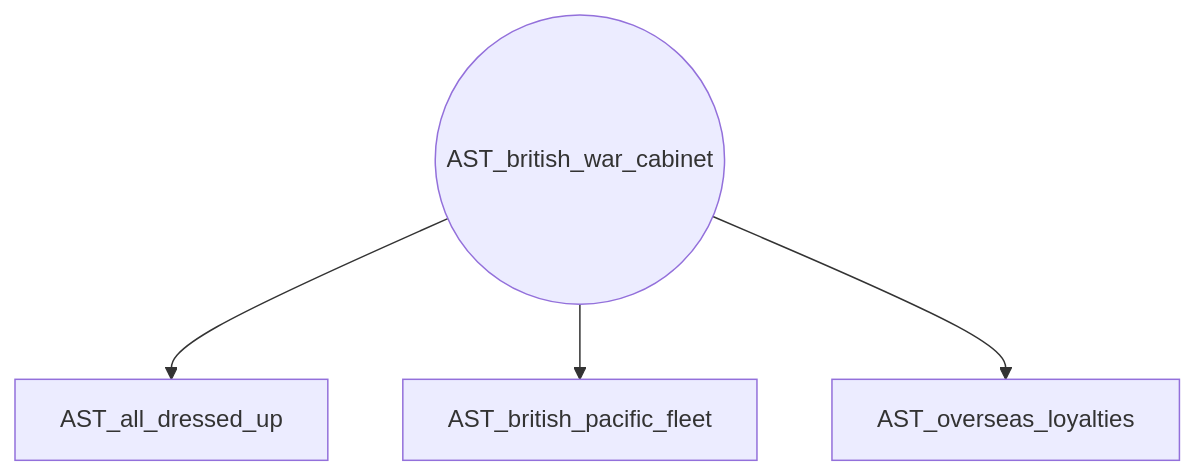
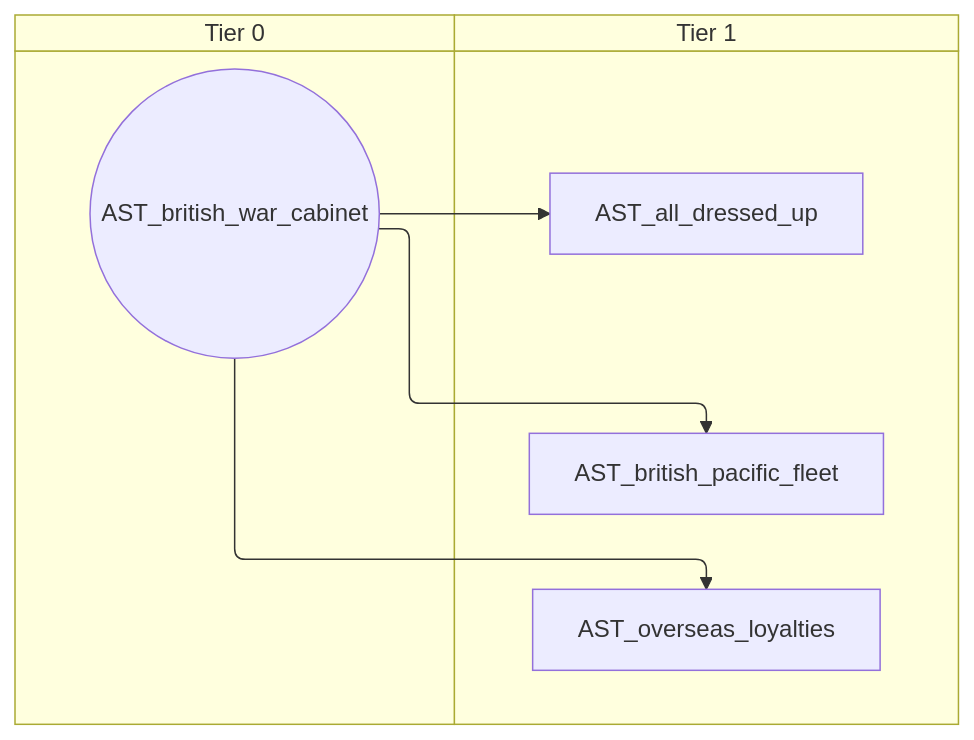
One commit to evgeny-sobol/hoi4-sandbox-mode changed the fifth of 15 diagrams in docs/gdd/National Focuses/australia_taog.md. Above: the diagram before and after it, drawn with Mermaid. The commit also changed other lines of this file and 80 other files, not shown here.

First line of the commit message:
Add swimlane mode to focus graph exporter

````diff
--- a/docs/gdd/National Focuses/australia_taog.md
+++ b/docs/gdd/National Focuses/australia_taog.md
@@ -415,10 +475,14 @@
 ```mermaid
-flowchart TD
-    n163["AST_all_dressed_up"]
-    n164["AST_british_pacific_fleet"]
-    n165(("AST_british_war_cabinet"))
-    n166["AST_overseas_loyalties"]
-    n165 --> n163
-    n165 --> n164
-    n165 --> n166
+swimlane-beta TD
+    subgraph tier_0["Tier 0"]
+        n163(("AST_british_war_cabinet"))
+    end
+    subgraph tier_1["Tier 1"]
+        n164["AST_all_dressed_up"]
+        n165["AST_british_pacific_fleet"]
+        n166["AST_overseas_loyalties"]
+    end
+    n163 --> n164
+    n163 --> n165
+    n163 --> n166
 ```
````
